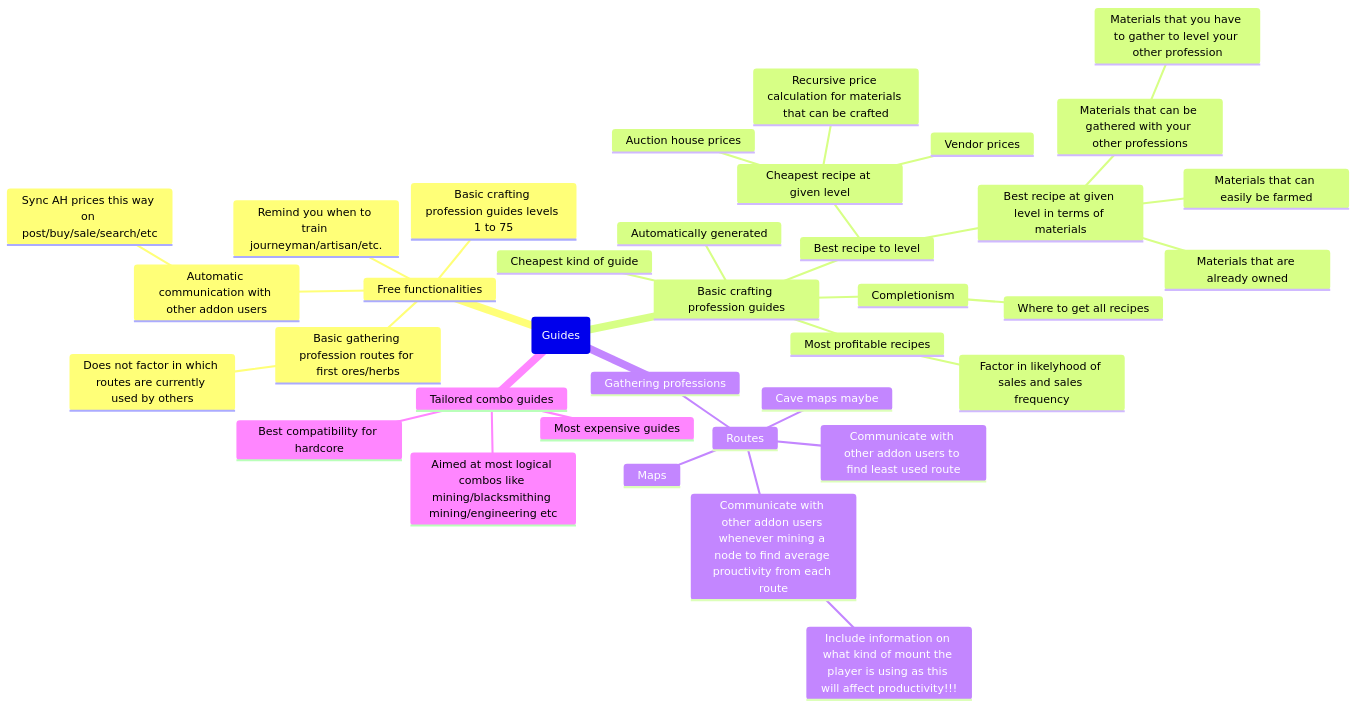
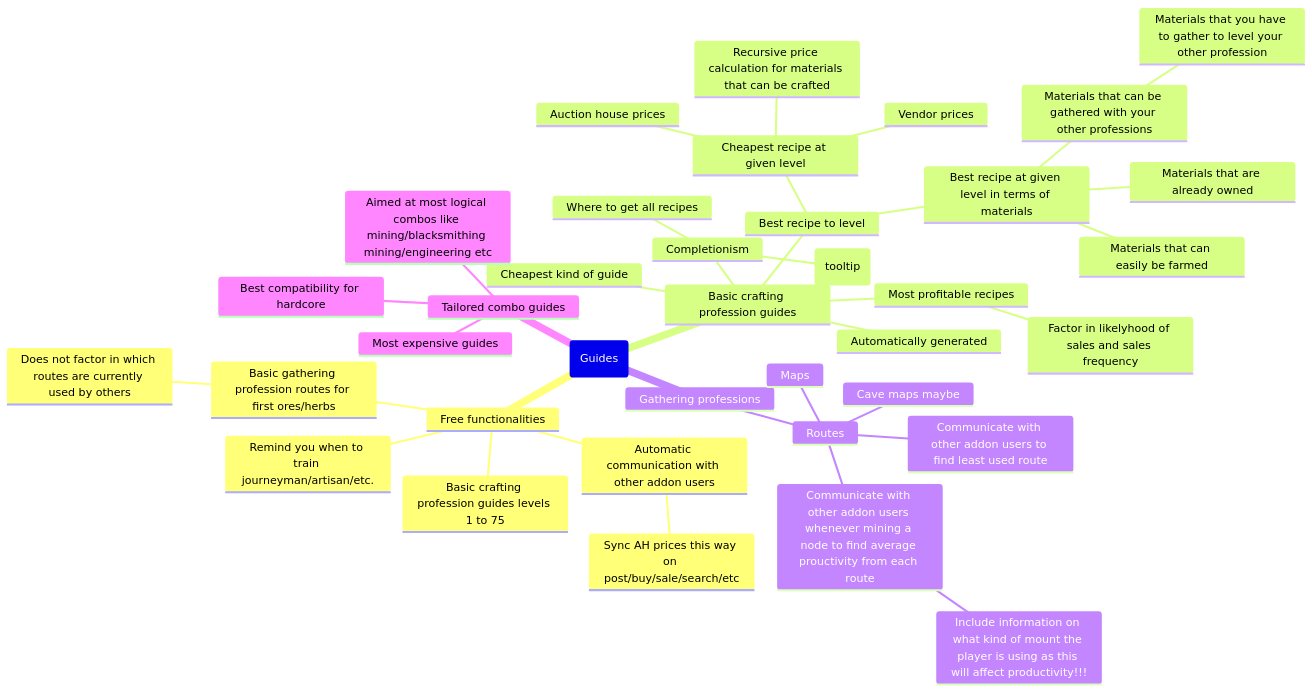
The fourth of 5 diagrams in ProfessionMaster.md (ProfessionMaster/ProfessionMaster), drawn with Mermaid before and after one commit. The commit also changed 15 other files, not shown here.

````diff
--- a/ProfessionMaster.md
+++ b/ProfessionMaster.md
@@ -69,39 +69,40 @@
 ```mermaid
 mindmap
 root(Guides)
     Free functionalities
         Basic crafting profession guides levels 1 to 75
         Basic gathering profession routes for first ores/herbs
             Does not factor in which routes are currently used by others
         Automatic communication with other addon users
             Sync AH prices this way on post/buy/sale/search/etc
         Remind you when to train journeyman/artisan/etc.
     Basic crafting profession guides
         Completionism
             Where to get all recipes
+            What a material is used for (tooltip)
         Automatically generated
         Cheapest kind of guide
         Best recipe to level
             Cheapest recipe at given level
                 Vendor prices
                 Auction house prices
                 Recursive price calculation for materials that can be crafted
             Best recipe at given level in terms of materials
                 Materials that are already owned
                 Materials that can be gathered with your other professions
                     Materials that you have to gather to level your other profession
                 Materials that can easily be farmed
         Most profitable recipes
             Factor in likelyhood of sales and sales frequency
     Gathering professions
         Routes
             Communicate with other addon users to find least used route
             Communicate with other addon users whenever mining a node to find average prouctivity from each route
                 Include information on what kind of mount the player is using as this will affect productivity!!!
             Maps
             Cave maps maybe
     Tailored combo guides
         Most expensive guides
         Aimed at most logical combos like mining/blacksmithing mining/engineering etc
         Best compatibility for hardcore
 ```
````
